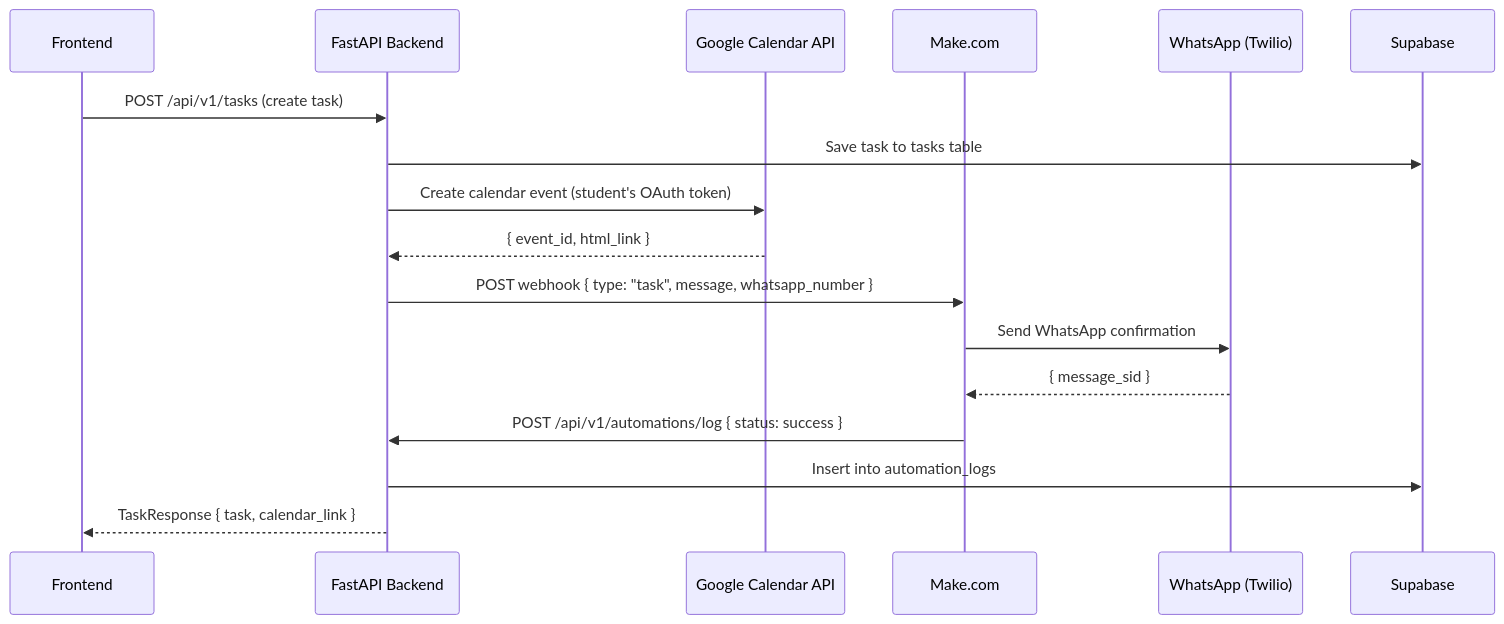
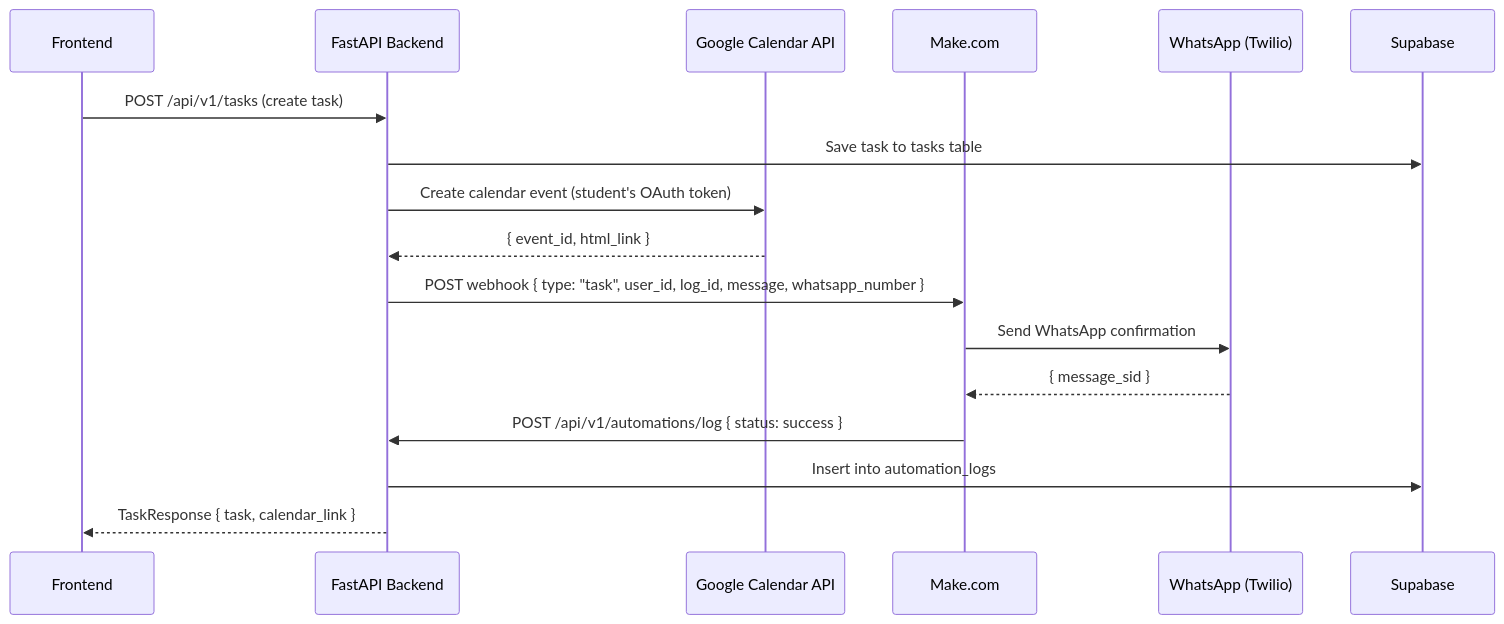
Before and after one commit to AdharshJolly/Academix: the second of 4 diagrams in docs/AUTOMATION_PLAN.md, drawn with Mermaid. The commit also changed other lines of this file and 28 other files, not shown here.

````diff
--- a/docs/AUTOMATION_PLAN.md
+++ b/docs/AUTOMATION_PLAN.md
@@ -75,20 +75,20 @@
 ```mermaid
 sequenceDiagram
     participant FE as Frontend
     participant BE as FastAPI Backend
     participant GC as Google Calendar API
     participant MK as Make.com
     participant WA as WhatsApp (Twilio)
     participant DB as Supabase
 
     FE->>BE: POST /api/v1/tasks (create task)
     BE->>DB: Save task to tasks table
     BE->>GC: Create calendar event (student's OAuth token)
     GC-->>BE: { event_id, html_link }
-    BE->>MK: POST webhook { type: "task", message, whatsapp_number }
+    BE->>MK: POST webhook { type: "task", user_id, log_id, message, whatsapp_number }
     MK->>WA: Send WhatsApp confirmation
     WA-->>MK: { message_sid }
     MK->>BE: POST /api/v1/automations/log { status: success }
     BE->>DB: Insert into automation_logs
     BE-->>FE: TaskResponse { task, calendar_link }
 ```
````
